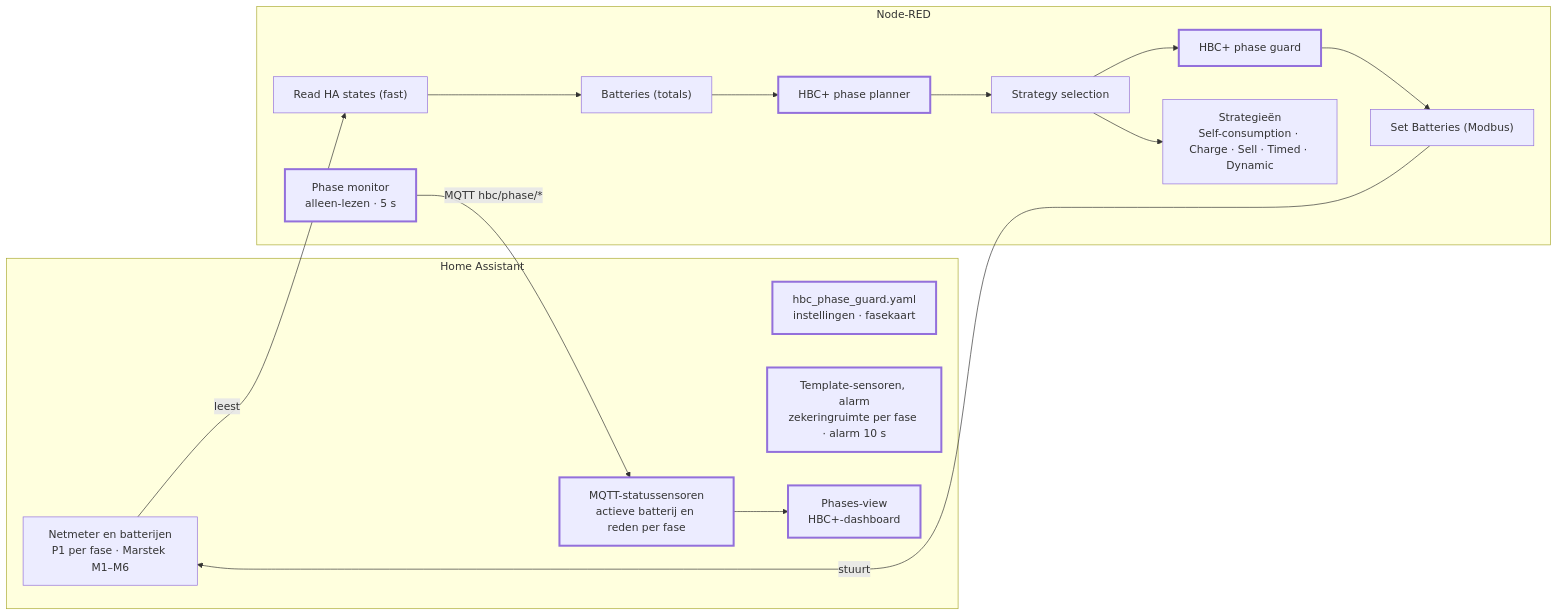
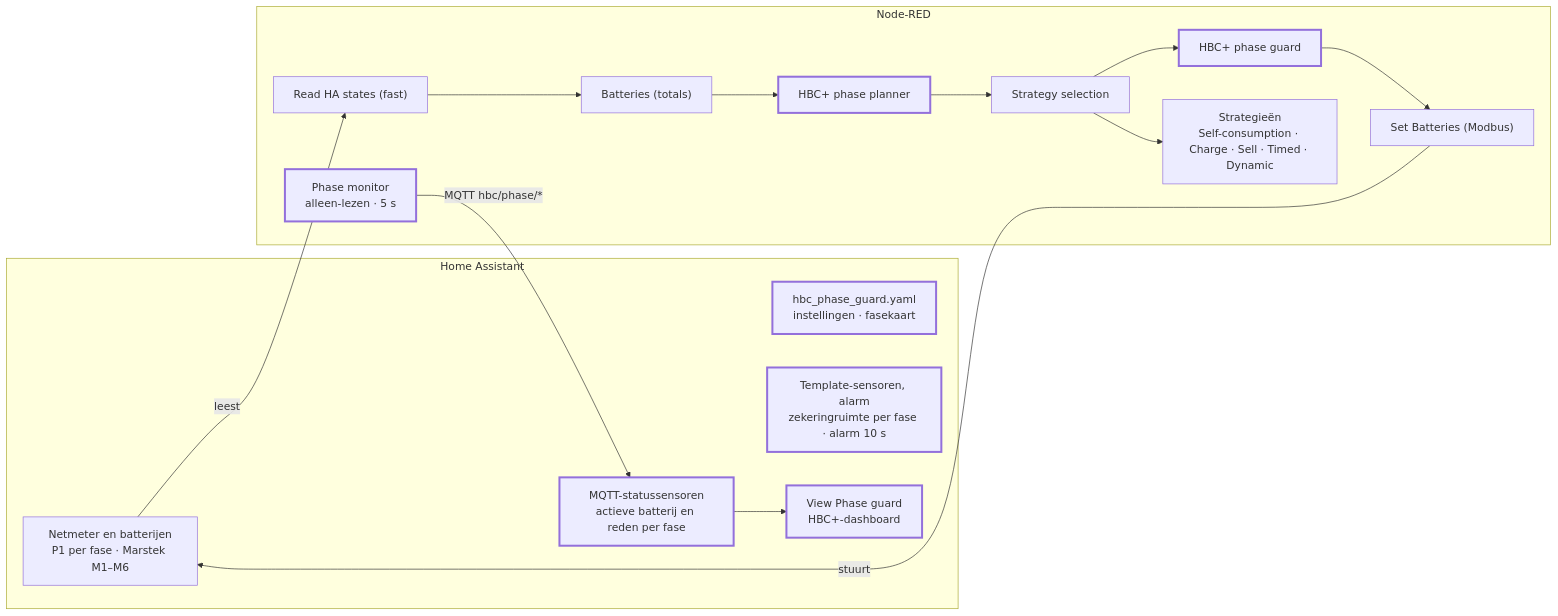
The diagram in docs/gebruikershandleiding.nl.md (CodeRubbere/HASS-HBC-Plus), drawn with Mermaid before and after one commit. The commit also changed other lines of this file and 24 other files, not shown here.

````diff
--- a/docs/gebruikershandleiding.nl.md
+++ b/docs/gebruikershandleiding.nl.md
@@ -45,20 +45,20 @@
 ```mermaid
 flowchart LR
   subgraph HA["Home Assistant"]
     M["Netmeter en batterijen<br/>P1 per fase · Marstek M1–M6"]
     P["hbc_phase_guard.yaml<br/>instellingen · fasekaart"]:::new
     T["Template-sensoren, alarm<br/>zekeringruimte per fase · alarm 10 s"]:::new
     Q["MQTT-statussensoren<br/>actieve batterij en reden per fase"]:::new
-    D["Phases-view<br/>HBC+-dashboard"]:::new
+    D["View Phase guard<br/>HBC+-dashboard"]:::new
     Q --> D
   end
   subgraph NR["Node-RED"]
     R["Read HA states (fast)"] --> B["Batteries (totals)"] --> PL["HBC+ phase planner"]:::new --> S["Strategy selection"] --> G["HBC+ phase guard"]:::new --> W["Set Batteries (Modbus)"]
     S --> ST["Strategieën<br/>Self-consumption · Charge · Sell · Timed · Dynamic"]
     PM["Phase monitor<br/>alleen-lezen · 5 s"]:::new
   end
   M -- leest --> R
   W -- stuurt --> M
   PM -- "MQTT hbc/phase/*" --> Q
   classDef new stroke-width:3px
 ```
````
